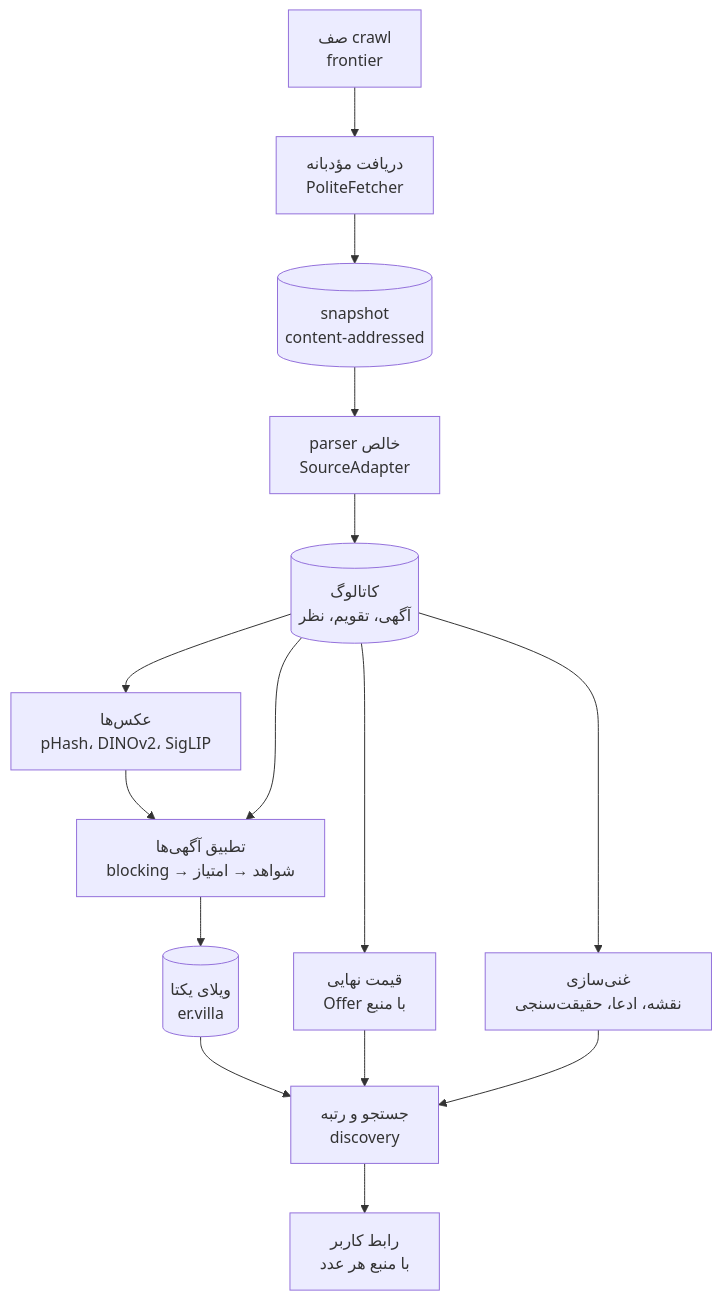
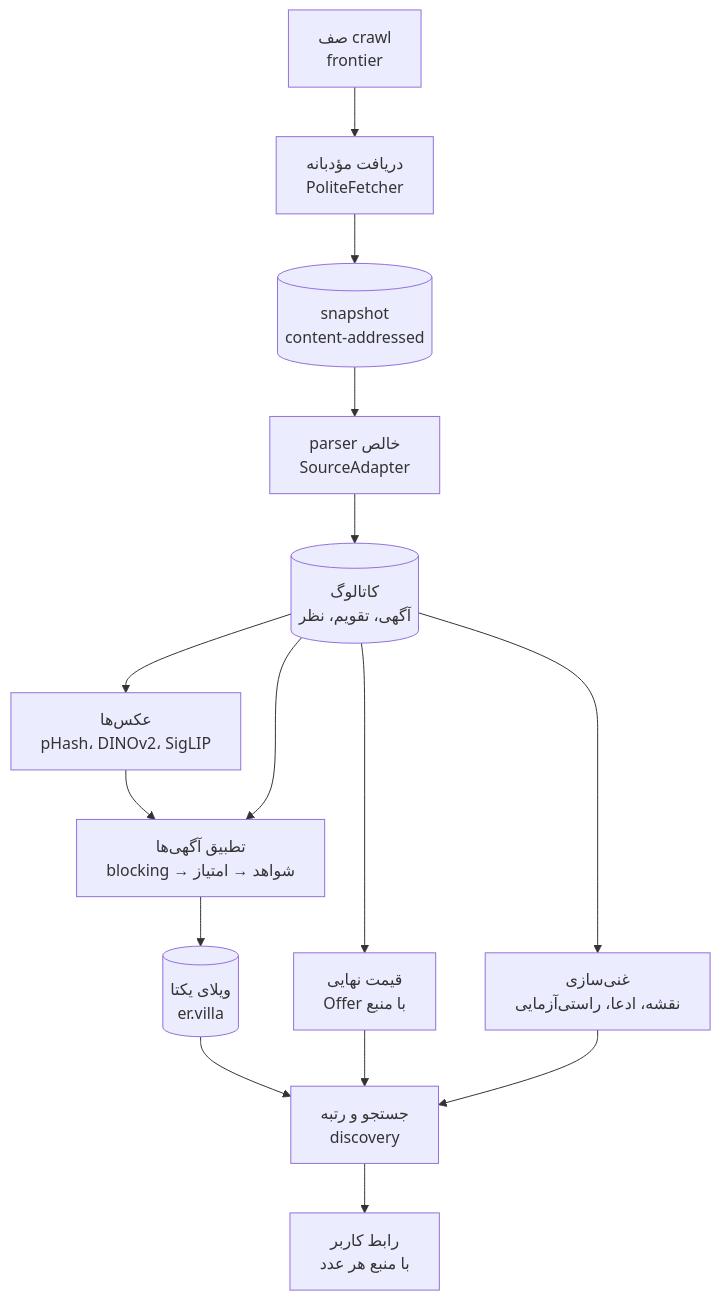
The diagram in frontend/diagrams/data-pipeline.mmd (peyman886/villasanj), drawn with Mermaid before and after one commit. The commit also changed 180 other files, not shown here.

```diff
--- a/frontend/diagrams/data-pipeline.mmd
+++ b/frontend/diagrams/data-pipeline.mmd
@@ -1,17 +1,17 @@
 flowchart TB
   accTitle: خط لوله‌ی داده از سر تا ته
   accDescr: صف crawl، دریافت مؤدبانه، snapshot، parser، کاتالوگ، عکس‌ها، تطبیق، ویلا، قیمت، غنی‌سازی، جستجو و رابط کاربر.
   frontier["صف crawl<br/>frontier"] --> fetch["دریافت مؤدبانه<br/>PoliteFetcher"]
   fetch --> snap[("snapshot<br/>content-addressed")]:::store
   snap --> parse["parser خالص<br/>SourceAdapter"]
   parse --> catalog[("کاتالوگ<br/>آگهی، تقویم، نظر")]:::store
   catalog --> photos["عکس‌ها<br/>pHash، DINOv2، SigLIP"]
   photos --> er["تطبیق آگهی‌ها<br/>blocking → شواهد → امتیاز"]
   catalog --> er
   er --> villas[("ویلای یکتا<br/>er.villa")]:::store
   catalog --> pricing["قیمت نهایی<br/>Offer با منبع"]
-  catalog --> enrich["غنی‌سازی<br/>نقشه، ادعا، حقیقت‌سنجی"]
+  catalog --> enrich["غنی‌سازی<br/>نقشه، ادعا، راستی‌آزمایی"]
   villas --> search["جستجو و رتبه<br/>discovery"]
   pricing --> search
   enrich --> search
   search --> ui["رابط کاربر<br/>با منبع هر عدد"]:::human
```
